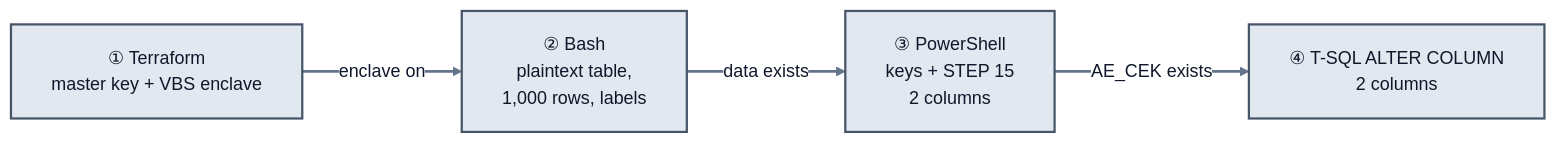
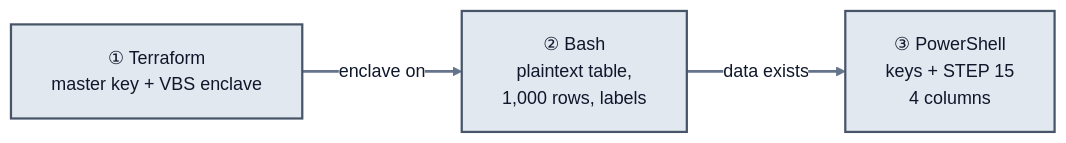
Before and after one commit to hardeymolhar/Implementing-TDE-Cell-Level-Encryption-and-Always-Encrypted: the tenth of 11 diagrams in README.md, drawn with Mermaid. The commit also changed other lines of this file and 3 other files, not shown here.

First line of the commit message:
Encrypt all four bank columns via PowerShell; add tools section to README

````diff
--- a/README.md
+++ b/README.md
@@ -662,10 +670,9 @@
 ```mermaid
 %%{init: {"theme":"base","themeVariables":{"fontFamily":"trebuchet ms, verdana, arial, sans-serif","fontSize":"16px","primaryColor":"#dbeafe","primaryTextColor":"#0f172a","primaryBorderColor":"#1d4ed8","lineColor":"#64748b","textColor":"#0f172a","clusterBkg":"#f8fafc","clusterBorder":"#94a3b8","titleColor":"#0f172a","edgeLabelBackground":"#ffffff"},"flowchart":{"nodeSpacing":50,"rankSpacing":65,"padding":18,"curve":"basis","htmlLabels":true}}}%%
 flowchart LR
     A["① Terraform<br/>master key + VBS enclave"] -->|"enclave on"| B["② Bash<br/>plaintext table,<br/>1,000 rows, labels"]
-    B -->|"data exists"| C["③ PowerShell<br/>keys + STEP 15<br/>2 columns"]
-    C -->|"AE_CEK exists"| D["④ T-SQL ALTER COLUMN<br/>2 columns"]
-    class A,B,C,D local
+    B -->|"data exists"| C["③ PowerShell<br/>keys + STEP 15<br/>4 columns"]
+    class A,B,C local
     classDef local fill:#e2e8f0,stroke:#475569,stroke-width:2px,color:#0f172a
     linkStyle default stroke:#64748b,stroke-width:2.5px
 ```
````
